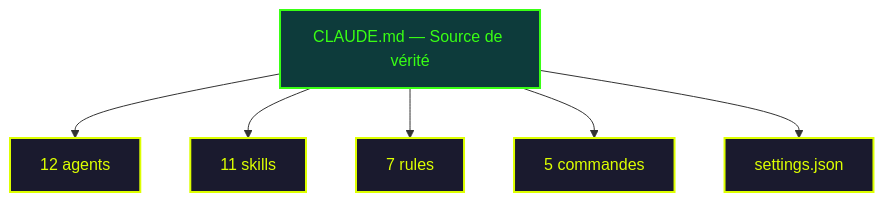
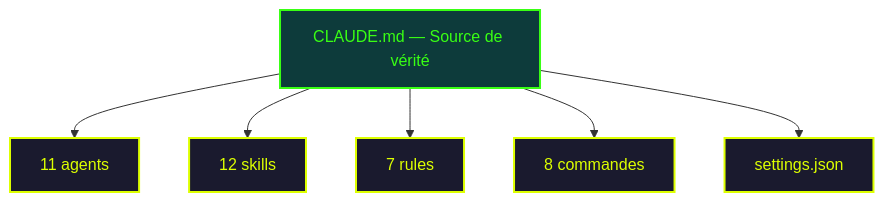
The fourth of 15 diagrams in docs/guide/methodology.md (fondative/claude-code-ecosystem), drawn with Mermaid before and after one commit. The commit also changed other lines of this file and 260 other files, not shown here.

````diff
--- a/docs/guide/methodology.md
+++ b/docs/guide/methodology.md
@@ -189,15 +193,15 @@
 ```mermaid
 graph TB
     CM["CLAUDE.md — Source de vérité"]
 
-    CM --> AG["12 agents"]
-    CM --> SK["11 skills"]
+    CM --> AG["11 agents"]
+    CM --> SK["12 skills"]
     CM --> RU["7 rules"]
-    CM --> CO["5 commandes"]
+    CM --> CO["8 commandes"]
     CM --> SE["settings.json"]
 
     classDef source fill:#0d3b3b,stroke:#39ff14,stroke-width:2px,color:#39ff14
     classDef item fill:#1a1a2e,stroke:#ddff00,stroke-width:2px,color:#ddff00
     class CM source
     class AG,SK,RU,CO,SE item
 ```
````
